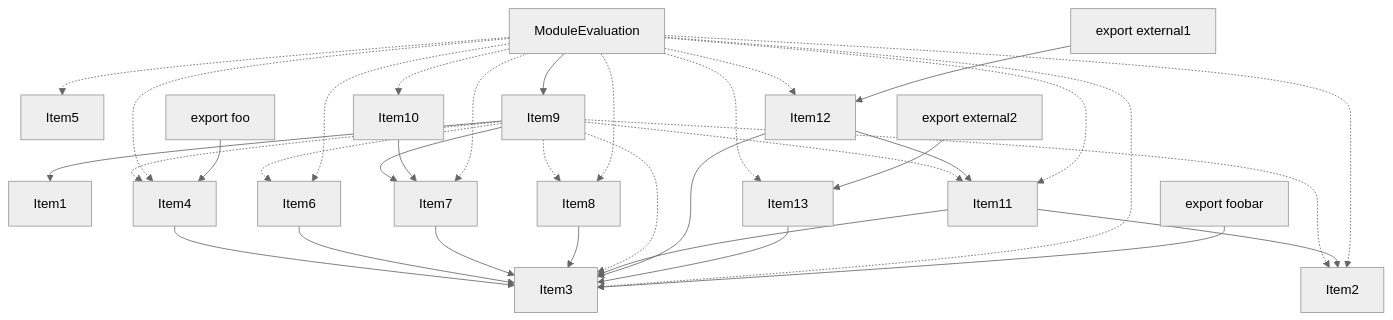
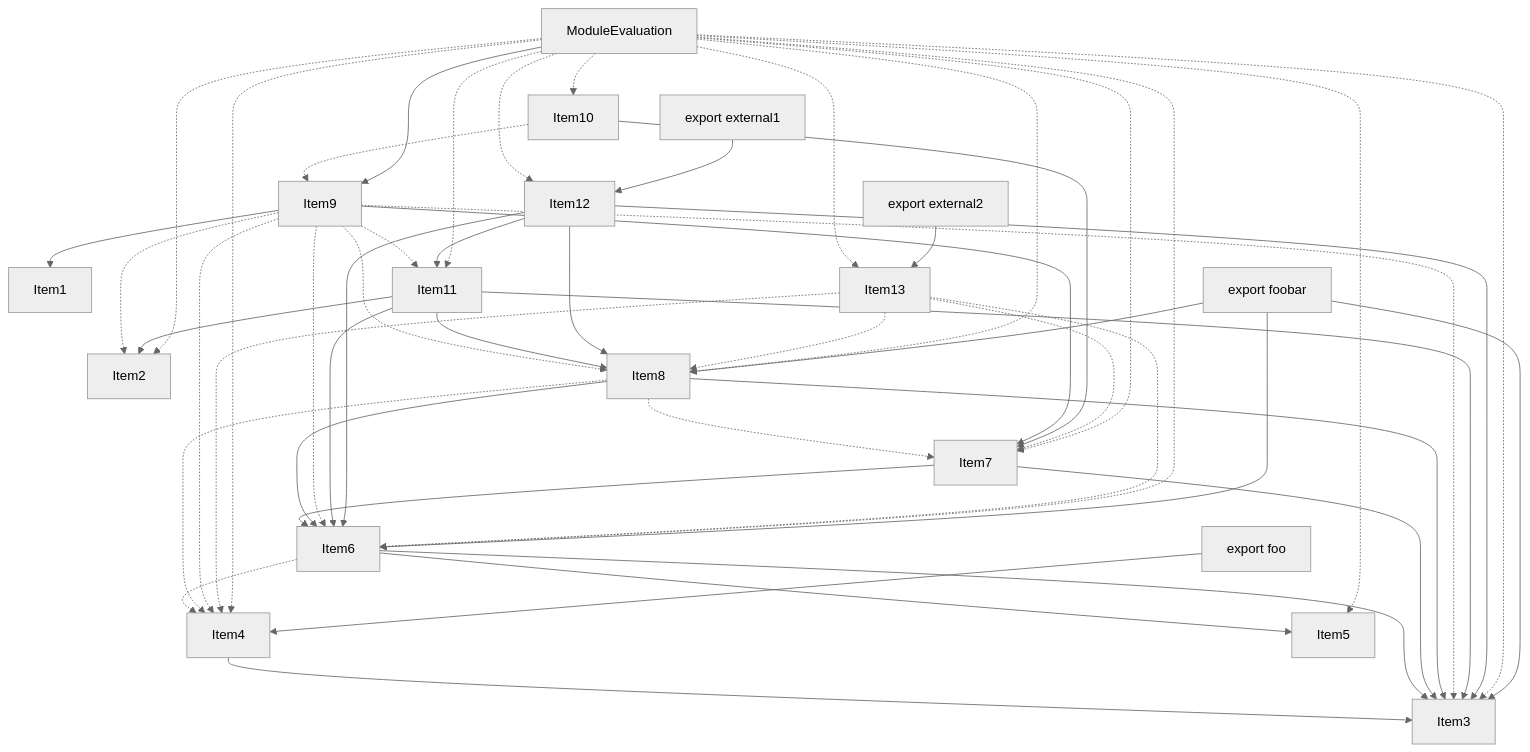
The fourth of 4 diagrams in crates/turbopack-ecmascript/tests/tree-shaker/analyzer/1/output.md (vercel/turborepo), drawn with Mermaid (neutral theme) before and after one commit. The commit also changed other lines of this file and 2 other files, not shown here.

````diff
--- a/crates/turbopack-ecmascript/tests/tree-shaker/analyzer/1/output.md
+++ b/crates/turbopack-ecmascript/tests/tree-shaker/analyzer/1/output.md
@@ -250,60 +274,76 @@
 ```mermaid
 graph TD
     Item1;
     Item2;
     Item3;
     Item4;
     Item5;
     Item6;
     Item7;
     Item8;
     Item9;
     Item10;
     Item11;
     Item12;
     Item13;
     Item14;
     Item14["ModuleEvaluation"];
     Item15;
     Item15["export foobar"];
     Item16;
     Item16["export foo"];
     Item17;
     Item17["export external1"];
     Item18;
     Item18["export external2"];
     Item4 --> Item3;
+    Item6 --> Item5;
     Item6 --> Item3;
+    Item6 -.-> Item4;
     Item7 --> Item3;
+    Item7 --> Item6;
     Item8 --> Item3;
+    Item8 --> Item6;
+    Item8 -.-> Item4;
+    Item8 -.-> Item7;
     Item9 --> Item7;
     Item9 --> Item1;
     Item9 -.-> Item2;
     Item9 -.-> Item3;
-    Item9 -.-> Item4;
     Item9 -.-> Item6;
     Item9 -.-> Item8;
+    Item9 -.-> Item4;
     Item9 -.-> Item11;
     Item10 --> Item7;
+    Item10 -.-> Item9;
     Item11 --> Item2;
     Item11 --> Item3;
+    Item11 --> Item6;
+    Item11 --> Item8;
     Item12 --> Item11;
     Item12 --> Item3;
-    Item13 --> Item3;
+    Item12 --> Item6;
+    Item12 --> Item8;
+    Item13 -.-> Item4;
+    Item13 -.-> Item6;
+    Item13 -.-> Item7;
+    Item13 -.-> Item8;
     Item14 --> Item9;
     Item14 -.-> Item12;
     Item14 -.-> Item2;
     Item14 -.-> Item3;
+    Item14 -.-> Item6;
+    Item14 -.-> Item8;
     Item14 -.-> Item4;
-    Item14 -.-> Item6;
     Item14 -.-> Item7;
-    Item14 -.-> Item8;
     Item14 -.-> Item5;
     Item14 -.-> Item10;
     Item14 -.-> Item11;
     Item14 -.-> Item13;
     Item15 --> Item3;
+    Item15 --> Item6;
+    Item15 --> Item8;
     Item16 --> Item4;
     Item17 --> Item12;
     Item18 --> Item13;
 ```
````
